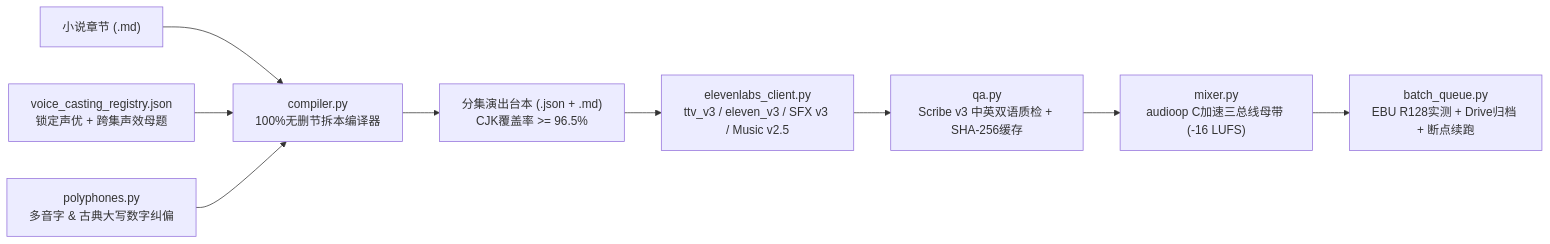
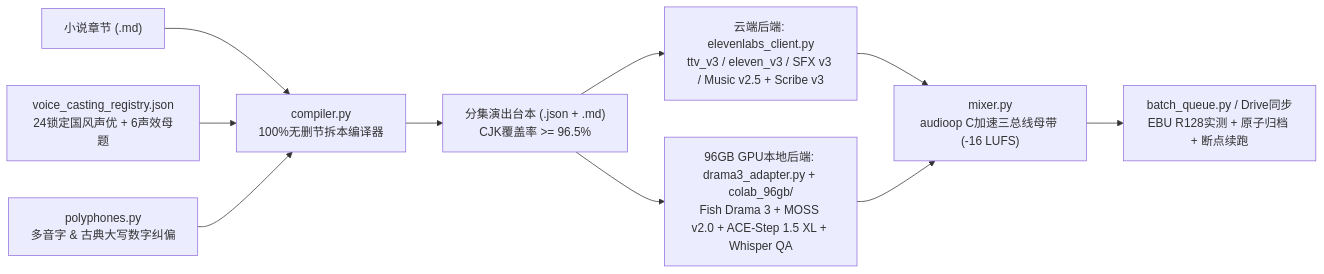
Before and after one commit to riversxiao/aigc-audio-pipeline: the diagram in README.md, drawn with Mermaid. The commit also changed other lines of this file and 15 other files, not shown here.

Commit message:
feat(drama3): add v1.1.0 Colab 96GB Fish Drama 3 + MOSS v2 + ACE-Step 1.5 XL studio backend

````diff
--- a/README.md
+++ b/README.md
@@ -15,11 +16,12 @@
 ```mermaid
 flowchart LR
     Nov["小说章节 (.md)"] --> Comp["compiler.py\n100%无删节拆本编译器"]
-    Reg["voice_casting_registry.json\n锁定声优 + 跨集声效母题"] --> Comp
+    Reg["voice_casting_registry.json\n24锁定国风声优 + 6声效母题"] --> Comp
     Poly["polyphones.py\n多音字 & 古典大写数字纠偏"] --> Comp
     Comp --> Cue["分集演出台本 (.json + .md)\nCJK覆盖率 >= 96.5%"]
-    Cue --> Cli["elevenlabs_client.py\nttv_v3 / eleven_v3 / SFX v3 / Music v2.5"]
-    Cli --> QA["qa.py\nScribe v3 中英双语质检 + SHA-256缓存"]
-    QA --> Mix["mixer.py\naudioop C加速三总线母带 (-16 LUFS)"]
-    Mix --> Queue["batch_queue.py\nEBU R128实测 + Drive归档 + 断点续跑"]
+    Cue --> Cloud["云端后端: elevenlabs_client.py\nttv_v3 / eleven_v3 / SFX v3 / Music v2.5 + Scribe v3"]
+    Cue --> Local["96GB GPU本地后端: drama3_adapter.py + colab_96gb/\nFish Drama 3 + MOSS v2.0 + ACE-Step 1.5 XL + Whisper QA"]
+    Cloud --> Mix["mixer.py\naudioop C加速三总线母带 (-16 LUFS)"]
+    Local --> Mix
+    Mix --> Queue["batch_queue.py / Drive同步\nEBU R128实测 + 原子归档 + 断点续跑"]
 ```
````
